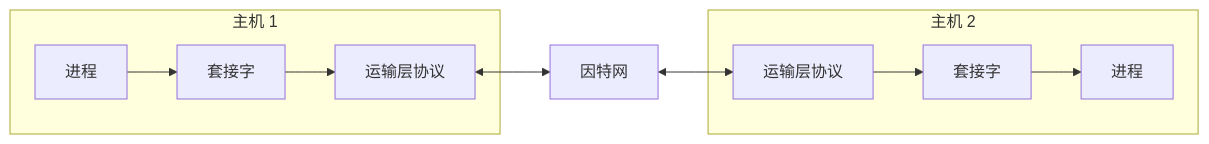
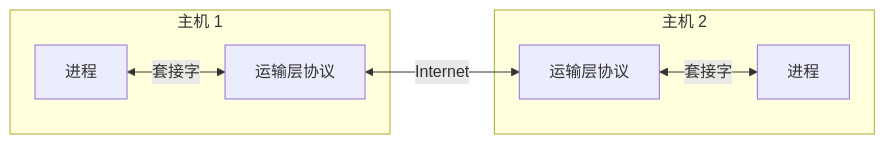
The second of 18 diagrams in src/content/posts/应用层.md (Meer-Matze/Meer-Matze.github.io), drawn with Mermaid before and after one commit. The commit also changed other lines of this file and 1 other file, not shown here.

````diff
--- a/src/content/posts/应用层.md
+++ b/src/content/posts/应用层.md
@@ -136,11 +114,10 @@
 ```mermaid
 graph LR
   subgraph H1["主机 1"]
-    PR1["进程"] --> SK1["套接字"] --> TP1["运输层协议"]
+    PR1["进程"] <-->|"套接字"| TP1["运输层协议"]
   end
-  NET["因特网"]
   subgraph H2["主机 2"]
-    TP2["运输层协议"] --> SK2["套接字"] --> PR2["进程"]
+    TP2["运输层协议"] <-->|"套接字"| PR2["进程"]
   end
-  TP1 <--> NET <--> TP2
+  TP1 <-->|"Internet"| TP2
 ```
````
